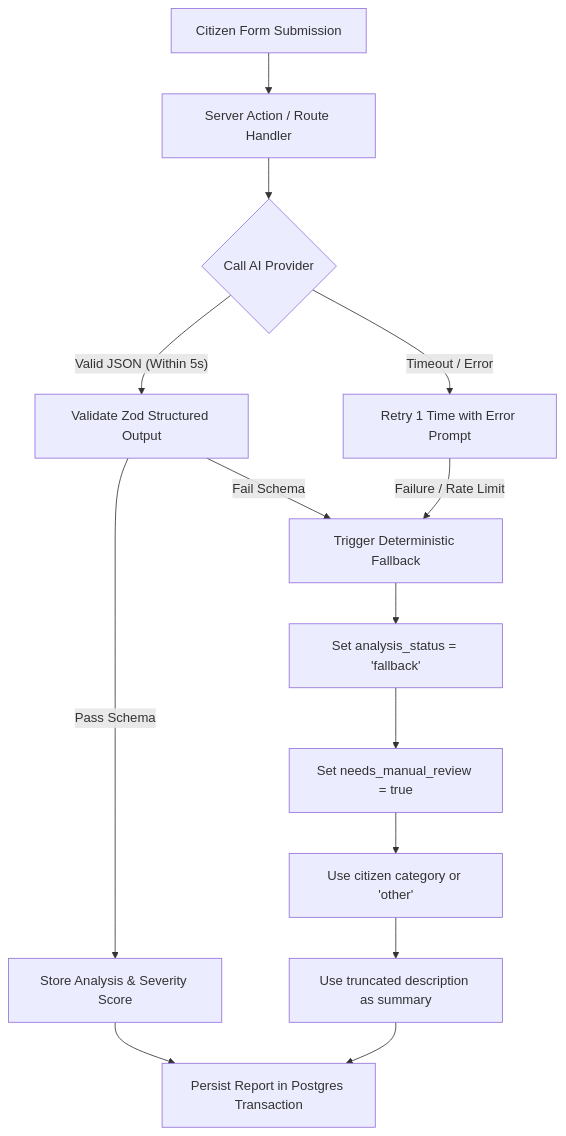
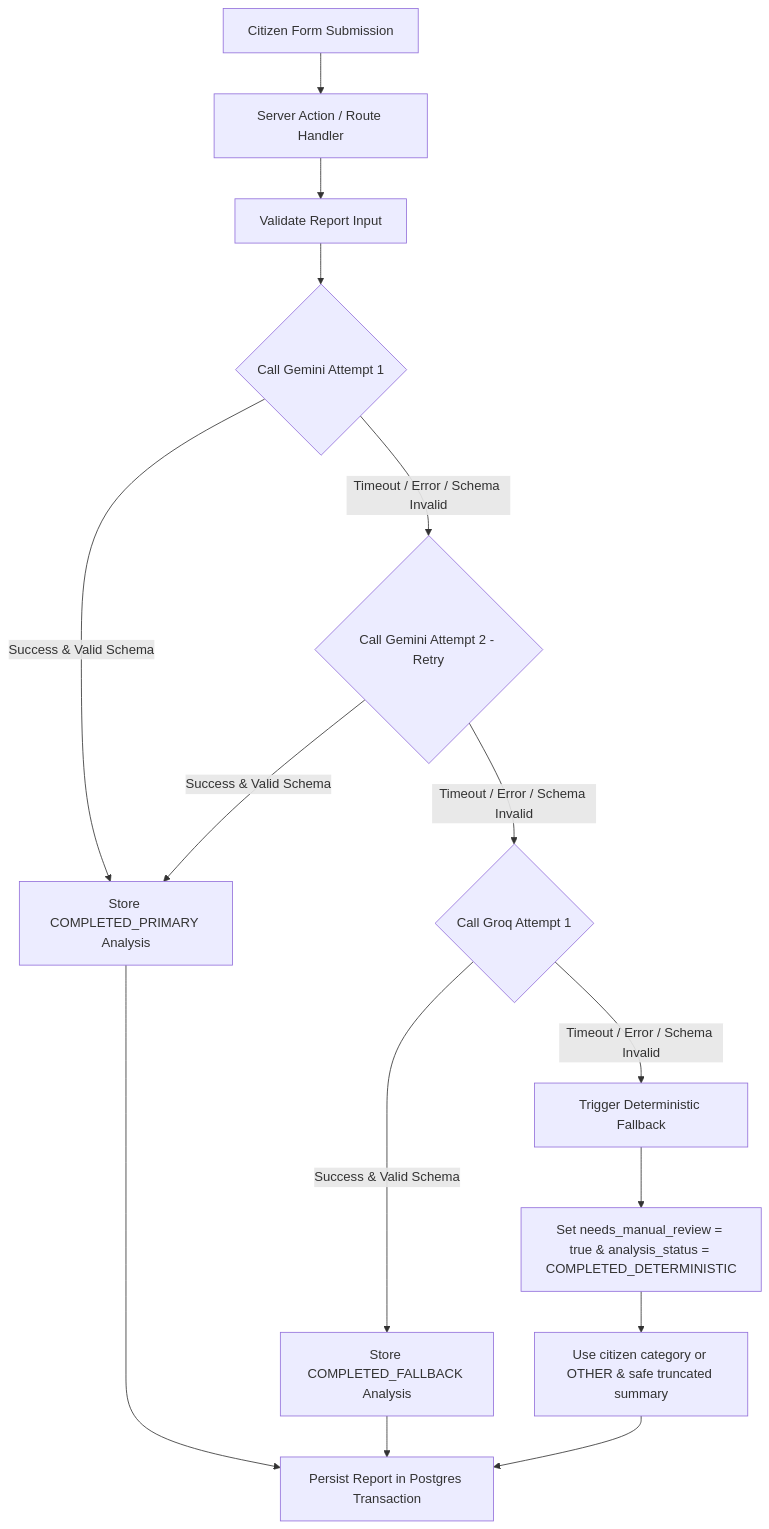
Before and after one commit to SoyebuzamanNaim/Civic-AI: the diagram in artifacts/IMPLEMENTATION_PLAN.md, drawn with Mermaid. The commit also changed other lines of this file and 53 other files, not shown here.

Commit message:
feat: implement public-facing report tracking portal and AI-driven issue analysis system

````diff
--- a/artifacts/IMPLEMENTATION_PLAN.md
+++ b/artifacts/IMPLEMENTATION_PLAN.md
@@ -88,16 +88,17 @@
 ```mermaid
 graph TD
     A[Citizen Form Submission] --> B[Server Action / Route Handler]
-    B --> C{Call AI Provider}
-    C -- Valid JSON (Within 5s) --> D[Validate Zod Structured Output]
-    D -- Pass Schema --> E[Store Analysis & Severity Score]
-    C -- Timeout / Error --> F[Retry 1 Time with Error Prompt]
-    F -- Failure / Rate Limit --> G[Trigger Deterministic Fallback]
-    D -- Fail Schema --> G
-    G --> H[Set analysis_status = 'fallback']
-    H --> I[Set needs_manual_review = true]
-    I --> J[Use citizen category or 'other']
-    J --> K[Use truncated description as summary]
+    B --> C[Validate Report Input]
+    C --> D{Call Gemini Attempt 1}
+    D -- Success & Valid Schema --> E[Store COMPLETED_PRIMARY Analysis]
+    D -- Timeout / Error / Schema Invalid --> F{Call Gemini Attempt 2 - Retry}
+    F -- Success & Valid Schema --> E
+    F -- Timeout / Error / Schema Invalid --> G{Call Groq Attempt 1}
+    G -- Success & Valid Schema --> H[Store COMPLETED_FALLBACK Analysis]
+    G -- Timeout / Error / Schema Invalid --> I[Trigger Deterministic Fallback]
+    I --> J[Set needs_manual_review = true & analysis_status = COMPLETED_DETERMINISTIC]
+    J --> K[Use citizen category or OTHER & safe truncated summary]
     E --> L[Persist Report in Postgres Transaction]
+    H --> L
     K --> L
 ```
````
